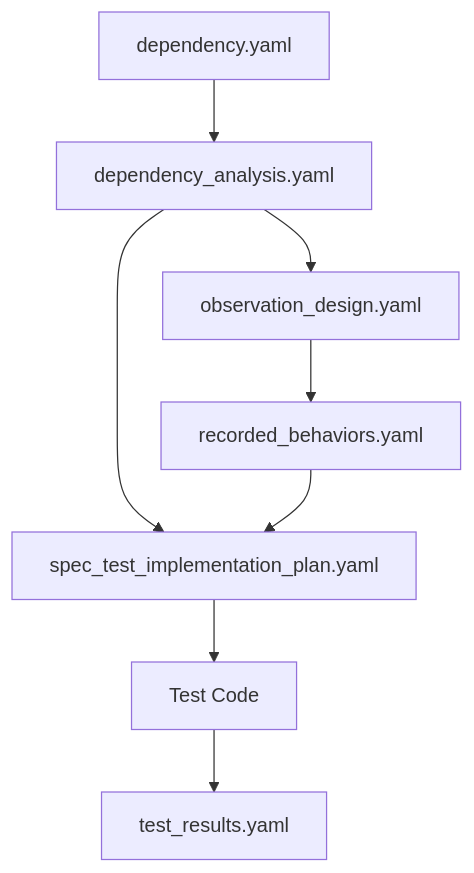
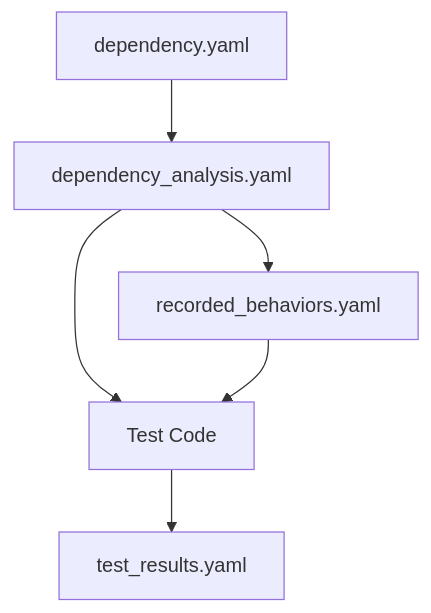
The second of 2 diagrams in WORKFLOW_SPEC_TEST_MAIN.md (ryosuke911/WORKFLOW_SPEC_TEST), drawn with Mermaid before and after one commit. The commit also changed other lines of this file and 5 other files, not shown here.

````diff
--- a/WORKFLOW_SPEC_TEST_MAIN.md
+++ b/WORKFLOW_SPEC_TEST_MAIN.md
@@ -115,10 +124,8 @@
 ```mermaid
 graph TD
     DY[dependency.yaml] --> DA[dependency_analysis.yaml]
-    DA --> OD[observation_design.yaml]
-    DA --> IP[spec_test_implementation_plan.yaml]
-    OD --> RB[recorded_behaviors.yaml]
-    RB --> IP
-    IP --> TC[Test Code]
+    DA --> RB[recorded_behaviors.yaml]
+    DA --> TC[Test Code]
+    RB --> TC
     TC --> TR[test_results.yaml]
 ```
````
